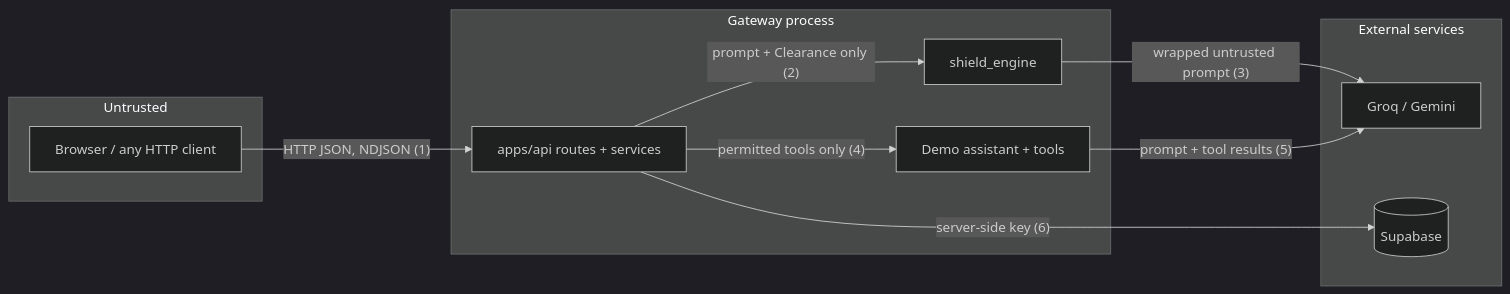
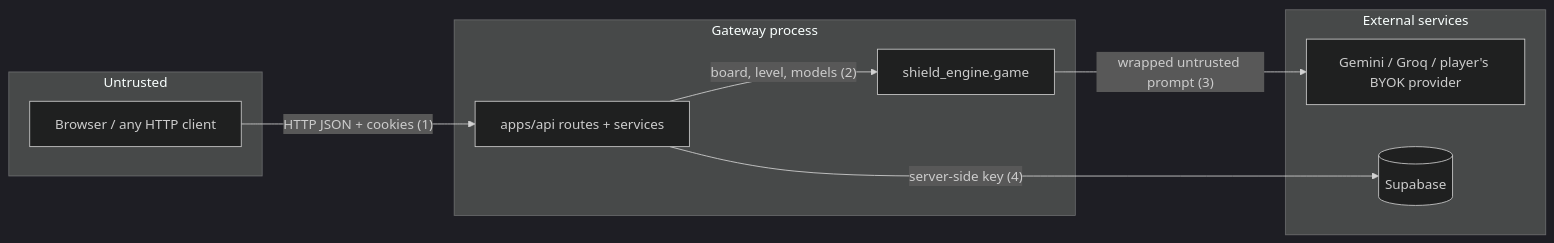
One commit to terryong31/ai-shield changed the diagram in docs/explanation/threat-model.md. Above: the diagram before and after it, drawn with Mermaid (dark theme). The commit also changed other lines of this file and 312 other files, not shown here.

First line of the commit message:
feat: game-only campaign, account settings, and instant leaderboard

````diff
--- a/docs/explanation/threat-model.md
+++ b/docs/explanation/threat-model.md
@@ -35,21 +34,18 @@
 ```mermaid
 flowchart LR
     subgraph Untrusted
         U[Browser / any HTTP client]
     end
     subgraph Gateway process
         G[apps/api routes + services]
-        E[shield_engine]
-        A[Demo assistant + tools]
+        E[shield_engine.game]
     end
     subgraph External services
-        P[Groq / Gemini]
+        P[Gemini / Groq / player's BYOK provider]
         S[(Supabase)]
     end
-    U -- "HTTP JSON, NDJSON (1)" --> G
-    G -- "prompt + Clearance only (2)" --> E
+    U -- "HTTP JSON + cookies (1)" --> G
+    G -- "board, level, models (2)" --> E
     E -- "wrapped untrusted prompt (3)" --> P
-    G -- "permitted tools only (4)" --> A
-    A -- "prompt + tool results (5)" --> P
-    G -- "server-side key (6)" --> S
+    G -- "server-side key (4)" --> S
 ```
````
